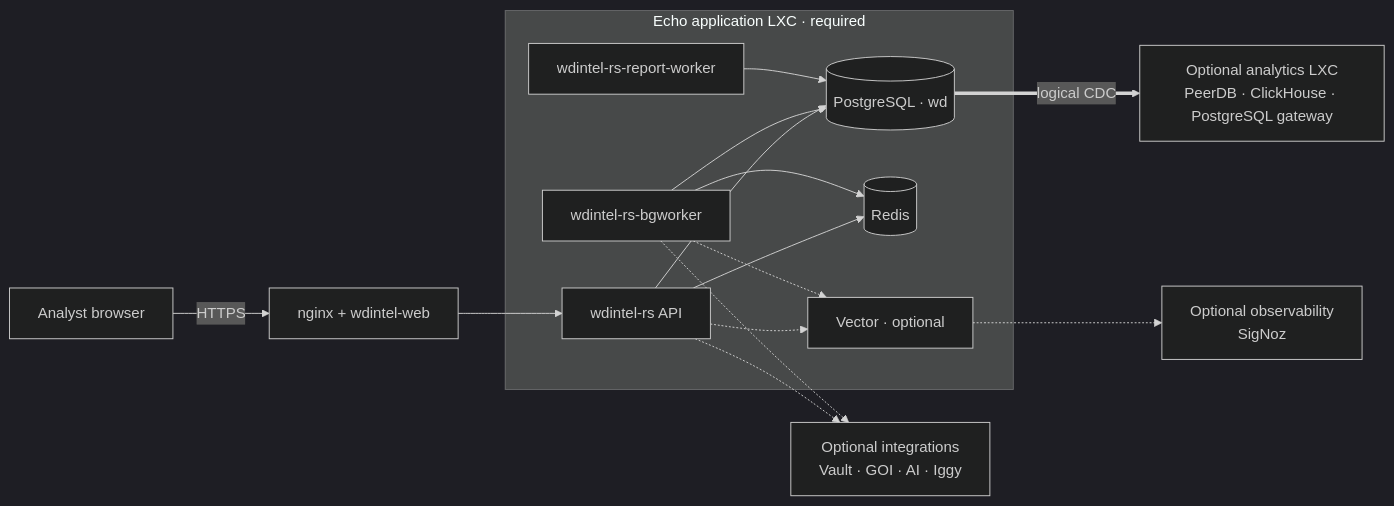
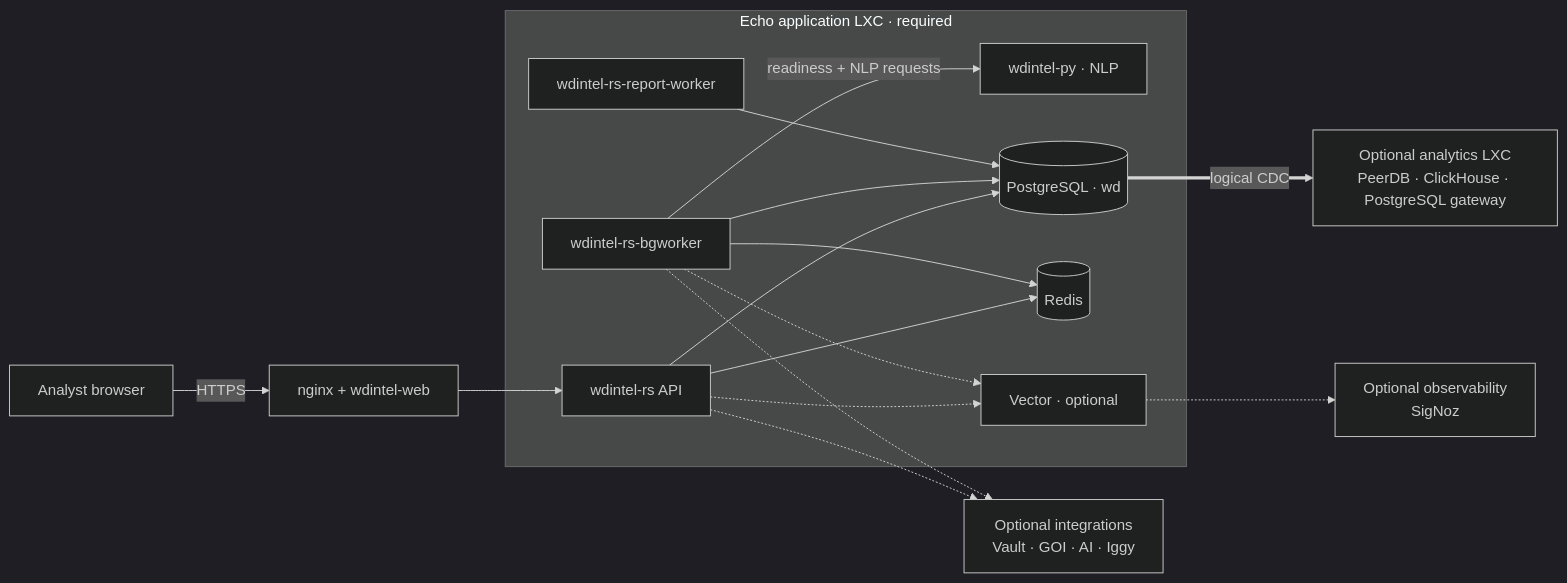
One commit to murczyk/echo changed the diagram in docs/README.md. Above: the diagram before and after it, drawn with Mermaid (dark theme). The commit also changed other lines of this file and 17 other files, not shown here.

````diff
--- a/docs/README.md
+++ b/docs/README.md
@@ -10,27 +10,29 @@
 ```mermaid
 flowchart LR
     browser["Analyst browser"] -->|HTTPS| web["nginx + wdintel-web"]
     web --> api["wdintel-rs API"]
 
     subgraph echo_lxc["Echo application LXC · required"]
         api
         bg["wdintel-rs-bgworker"]
         reports["wdintel-rs-report-worker"]
+        nlp["wdintel-py · NLP"]
         postgres[("PostgreSQL · wd")]
         redis[("Redis")]
         vector["Vector · optional"]
 
         api --> postgres
         bg --> postgres
+        bg -->|readiness + NLP requests| nlp
         reports --> postgres
         api --> redis
         bg --> redis
         api -.-> vector
         bg -.-> vector
     end
 
     api -.-> integrations["Optional integrations\nVault · GOI · AI · Iggy"]
     bg -.-> integrations
     postgres ==>|logical CDC| analytics["Optional analytics LXC\nPeerDB · ClickHouse · PostgreSQL gateway"]
     vector -.-> observability["Optional observability\nSigNoz"]
 ```
````
